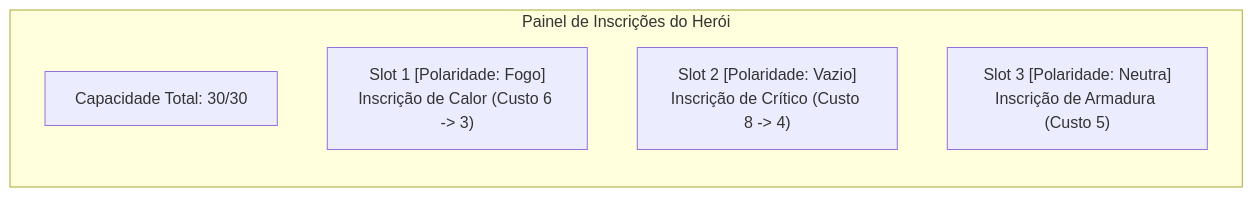
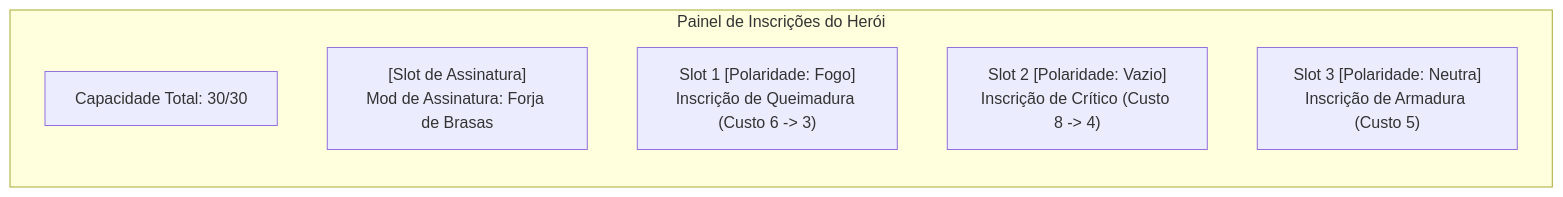
Before and after one commit to GuiMayer/HeroScript: the third of 4 diagrams in docs/design/DIRECIONAMENTO_HEROSCRIPT.md, drawn with Mermaid. The commit also changed other lines of this file, not shown here.

Commit message:
docs(design): formalize signature mod system with forja de brasas for fire attacks and extinguish heat meter

````diff
--- a/docs/design/DIRECIONAMENTO_HEROSCRIPT.md
+++ b/docs/design/DIRECIONAMENTO_HEROSCRIPT.md
@@ -157,9 +157,10 @@
 ```mermaid
 flowchart LR
     subgraph Loadout["Painel de Inscrições do Herói"]
         Cap["Capacidade Total: 30/30"]
-        Slot1["Slot 1 [Polaridade: Fogo]<br/>Inscrição de Calor (Custo 6 -> 3)"]
+        Assinatura["[Slot de Assinatura]<br/>Mod de Assinatura: Forja de Brasas"]
+        Slot1["Slot 1 [Polaridade: Fogo]<br/>Inscrição de Queimadura (Custo 6 -> 3)"]
         Slot2["Slot 2 [Polaridade: Vazio]<br/>Inscrição de Crítico (Custo 8 -> 4)"]
         Slot3["Slot 3 [Polaridade: Neutra]<br/>Inscrição de Armadura (Custo 5)"]
     end
 ```
````
